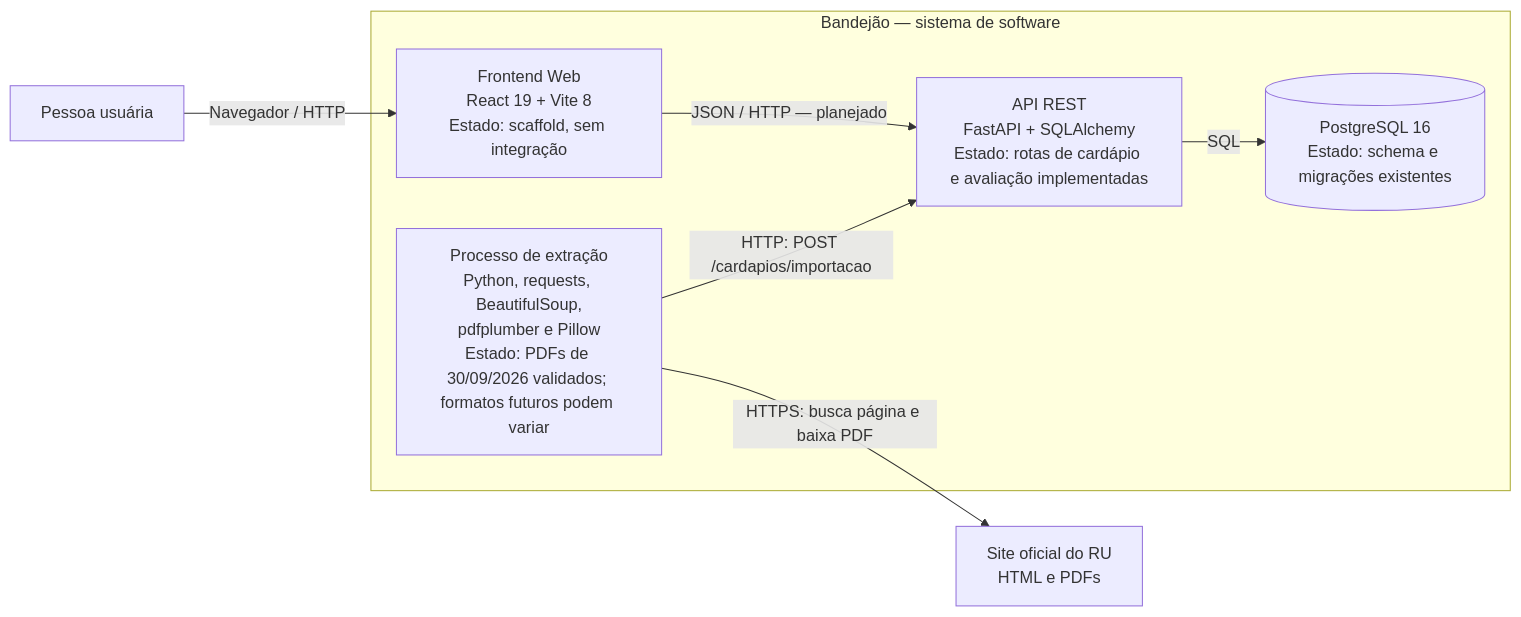
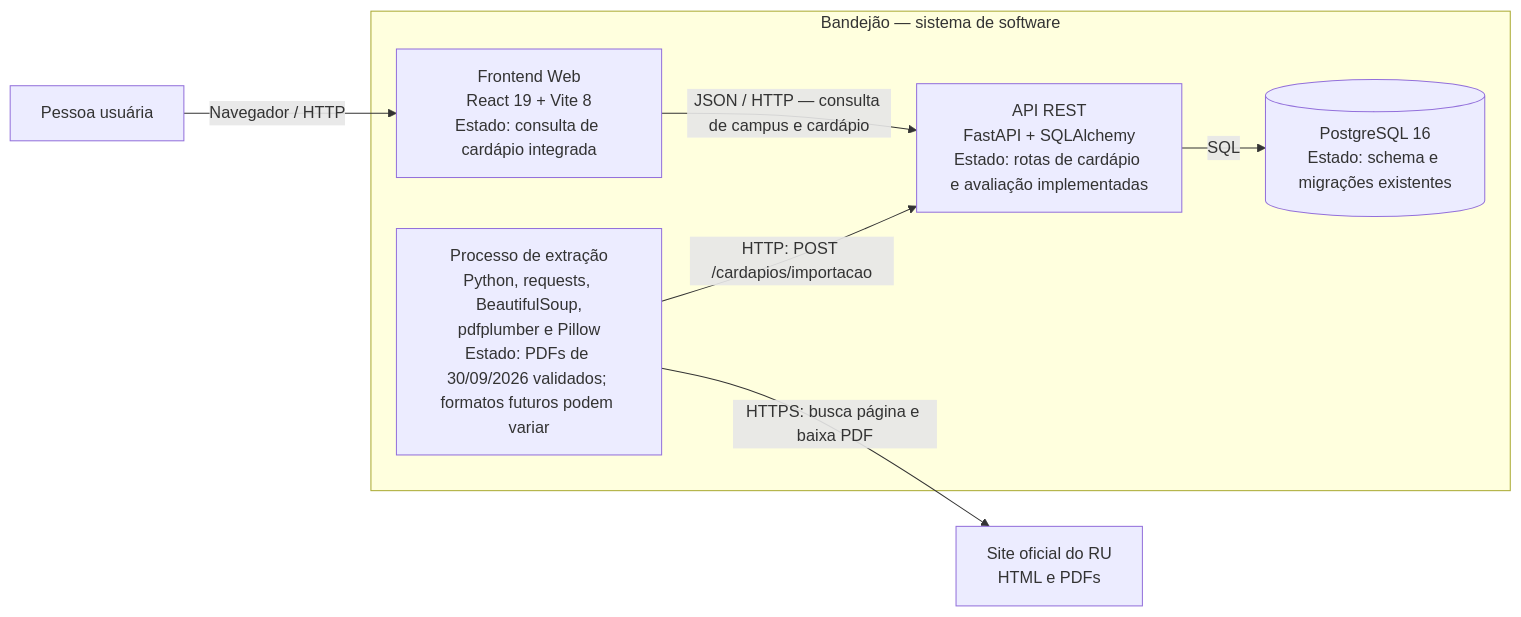
The second of 3 diagrams in docs/Arquitetura.md (unb-mds/2026-2-Bandejao), drawn with Mermaid before and after one commit. The commit also changed other lines of this file and 17 other files, not shown here.

Commit message:
feat: integra consulta de cardapios no frontend (#43)

````diff
--- a/docs/Arquitetura.md
+++ b/docs/Arquitetura.md
@@ -34,18 +34,18 @@
 ```mermaid
 flowchart LR
     pessoa["Pessoa usuária"]
     site["Site oficial do RU<br/>HTML e PDFs"]
 
     subgraph sistema["Bandejão — sistema de software"]
-        web["Frontend Web<br/>React 19 + Vite 8<br/>Estado: scaffold, sem integração"]
+        web["Frontend Web<br/>React 19 + Vite 8<br/>Estado: consulta de cardápio integrada"]
         api["API REST<br/>FastAPI + SQLAlchemy<br/>Estado: rotas de cardápio e avaliação implementadas"]
         banco[("PostgreSQL 16<br/>Estado: schema e migrações existentes")]
         extracao["Processo de extração<br/>Python, requests, BeautifulSoup,<br/>pdfplumber e Pillow<br/>Estado: PDFs de 30/09/2026 validados; formatos futuros podem variar"]
     end
 
     pessoa -->|"Navegador / HTTP"| web
-    web -->|"JSON / HTTP — planejado"| api
+    web -->|"JSON / HTTP — consulta de campus e cardápio"| api
     api -->|"SQL"| banco
     extracao -->|"HTTPS: busca página e baixa PDF"| site
     extracao -->|"HTTP: POST /cardapios/importacao"| api
 ```
````
